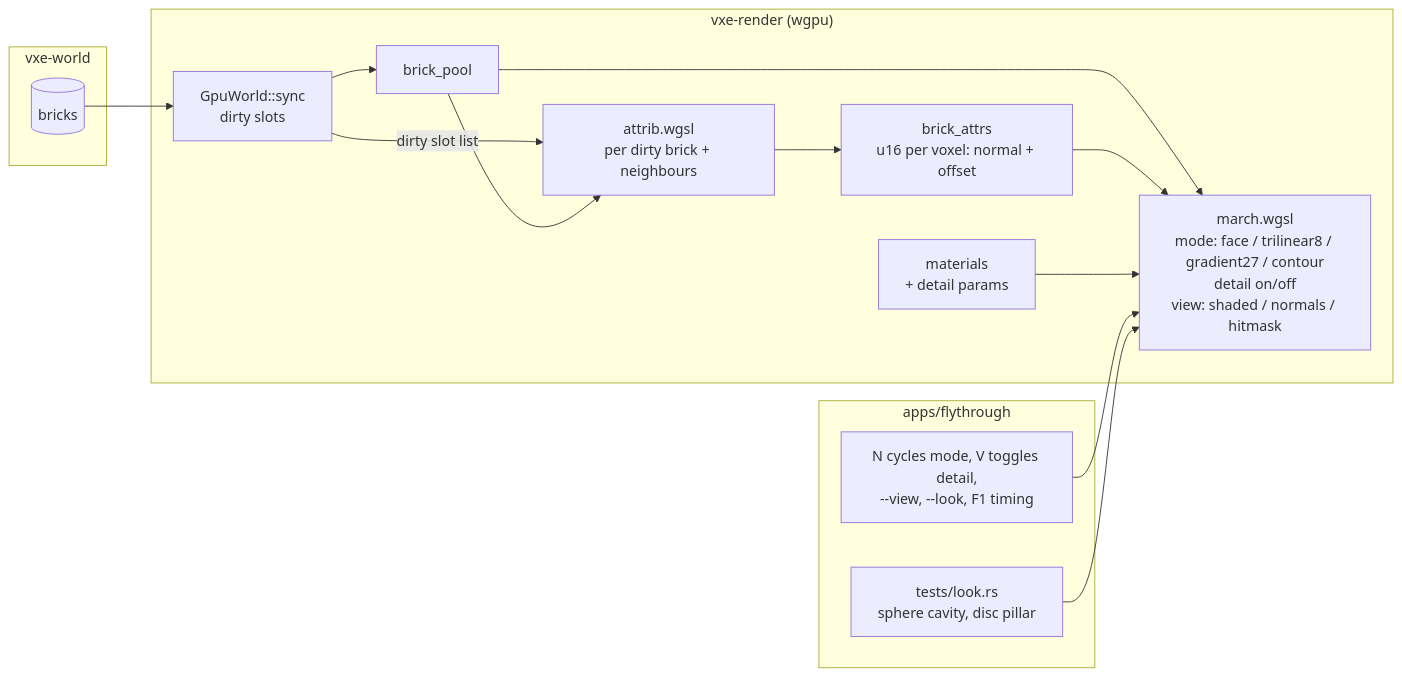
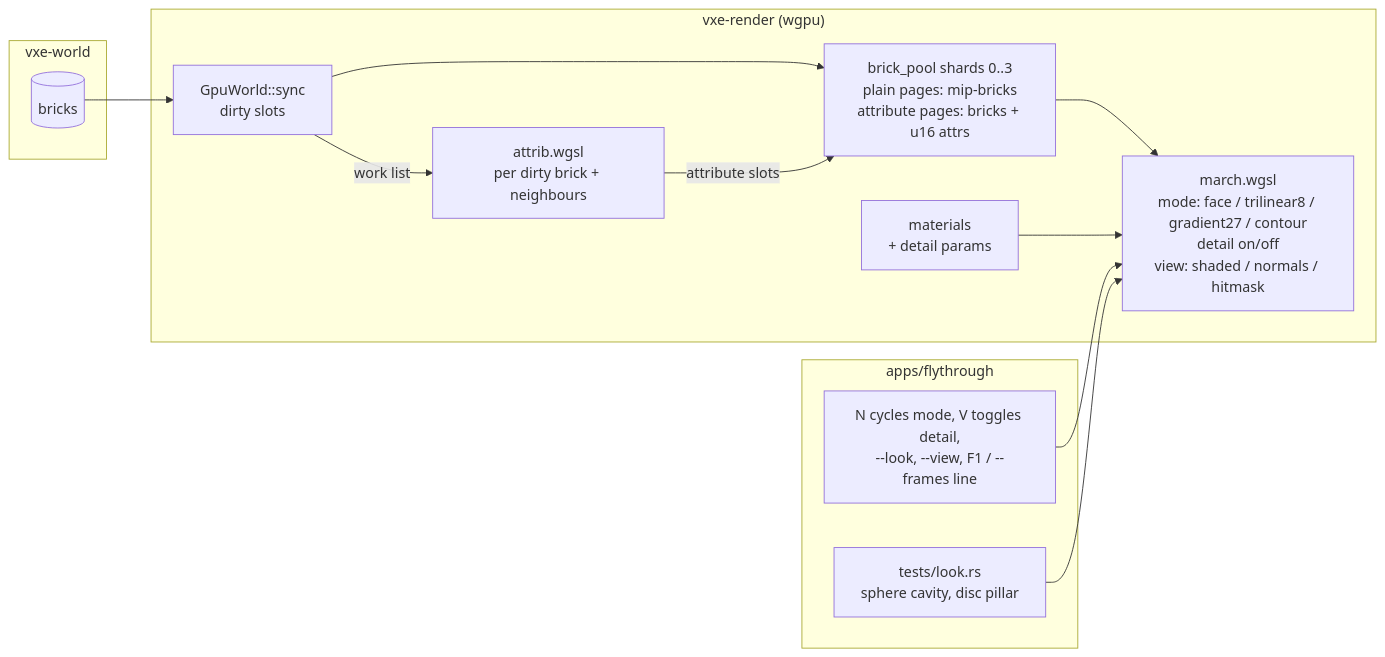
One commit to IgorKonovalov/voxel-engine changed the diagram in docs/plans/0005-surface-look-spike.md. Above: the diagram before and after it, drawn with Mermaid. The commit also changed other lines of this file and 1 other file, not shown here.

````diff
--- a/docs/plans/0005-surface-look-spike.md
+++ b/docs/plans/0005-surface-look-spike.md
@@ -55,26 +134,24 @@
 ```mermaid
 flowchart LR
     subgraph world["vxe-world"]
         ST[(bricks)]
     end
     subgraph render["vxe-render (wgpu)"]
         SYNC[GpuWorld::sync<br/>dirty slots]
-        POOL[brick_pool]
-        ATTR[brick_attrs<br/>u16 per voxel: normal + offset]
+        POOL[brick_pool shards 0..3<br/>plain pages: mip-bricks<br/>attribute pages: bricks + u16 attrs]
         AW[attrib.wgsl<br/>per dirty brick + neighbours]
         SH[march.wgsl<br/>mode: face / trilinear8 / gradient27 / contour<br/>detail on/off<br/>view: shaded / normals / hitmask]
         MAT[materials<br/>+ detail params]
     end
     subgraph app["apps/flythrough"]
-        KEYS[N cycles mode, V toggles detail,<br/>--view, --look, F1 timing]
+        KEYS[N cycles mode, V toggles detail,<br/>--look, --view, F1 / --frames line]
         T[tests/look.rs<br/>sphere cavity, disc pillar]
     end
     ST --> SYNC --> POOL
-    SYNC -->|dirty slot list| AW --> ATTR
-    POOL --> AW
+    SYNC -->|work list| AW
+    AW -->|attribute slots| POOL
     POOL --> SH
-    ATTR --> SH
     MAT --> SH
     KEYS --> SH
     T --> SH
 ```
````
